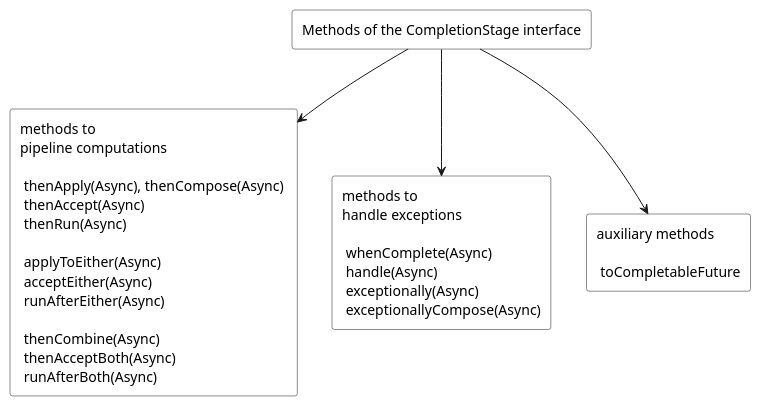
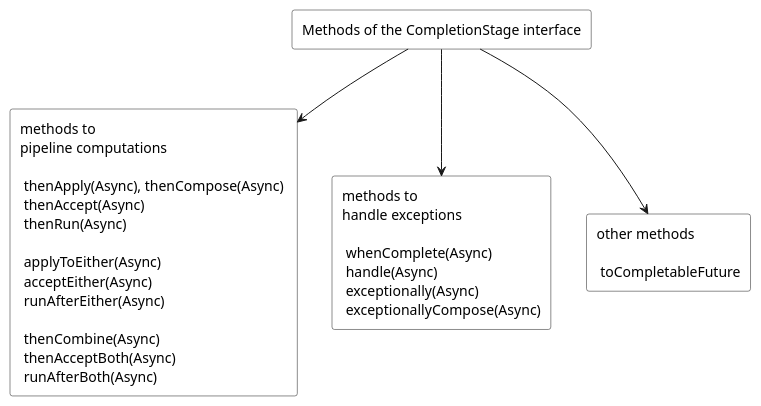
Before and after one commit to ti-cortex-m4/demo-java-completablefuture: the diagram in images/methods of the CompletionStage interface.puml, drawn with PlantUML. The commit also changed 1 other file, not shown here.

```diff
--- a/images/methods of the CompletionStage interface.puml
+++ b/images/methods of the CompletionStage interface.puml
@@ -1,16 +1,16 @@
 @startuml
 
 scale 1.0
 skinparam monochrome true
 skinparam RectangleBackgroundColor white
 
 rectangle "Methods of the CompletionStage interface" as methods
 rectangle "methods to\npipeline computations \n \n thenApply(Async), thenCompose(Async) \n thenAccept(Async) \n thenRun(Async) \n \n applyToEither(Async) \n acceptEither(Async) \n runAfterEither(Async) \n \n thenCombine(Async) \n thenAcceptBoth(Async) \n runAfterBoth(Async)" as methods1
 rectangle "methods to\nhandle exceptions \n \n whenComplete(Async) \n handle(Async) \n exceptionally(Async) \n exceptionallyCompose(Async)" as methods2
-rectangle "auxiliary methods \n \n toCompletableFuture" as methods3
+rectangle "other methods \n \n toCompletableFuture" as methods3
 
 methods --> methods1
 methods --> methods2
 methods --> methods3
 
 @enduml
```
